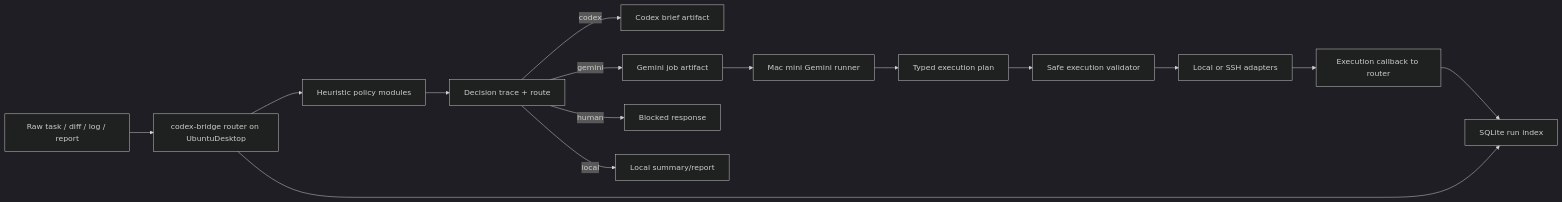
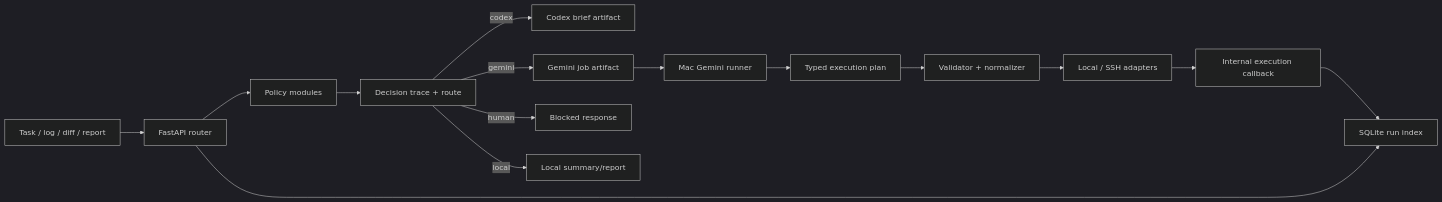
The diagram in docs/architecture.md (tungpastry/codex-bridge), drawn with Mermaid (dark theme) before and after one commit. The commit also changed other lines of this file and 19 other files, not shown here.

Commit message:
Rewrite README and docs for the production architecture

````diff
--- a/docs/architecture.md
+++ b/docs/architecture.md
@@ -25,17 +34,17 @@
 ```mermaid
 flowchart LR
-    A["Raw task / diff / log / report"] --> B["codex-bridge router on UbuntuDesktop"]
-    B --> C["Heuristic policy modules"]
+    A["Task / log / diff / report"] --> B["FastAPI router"]
+    B --> C["Policy modules"]
     C --> D["Decision trace + route"]
     D -->|codex| E["Codex brief artifact"]
     D -->|gemini| F["Gemini job artifact"]
     D -->|human| G["Blocked response"]
     D -->|local| H["Local summary/report"]
     B --> I["SQLite run index"]
-    F --> J["Mac mini Gemini runner"]
+    F --> J["Mac Gemini runner"]
     J --> K["Typed execution plan"]
-    K --> L["Safe execution validator"]
-    L --> M["Local or SSH adapters"]
-    M --> N["Execution callback to router"]
+    K --> L["Validator + normalizer"]
+    L --> M["Local / SSH adapters"]
+    M --> N["Internal execution callback"]
     N --> I
 ```
````
